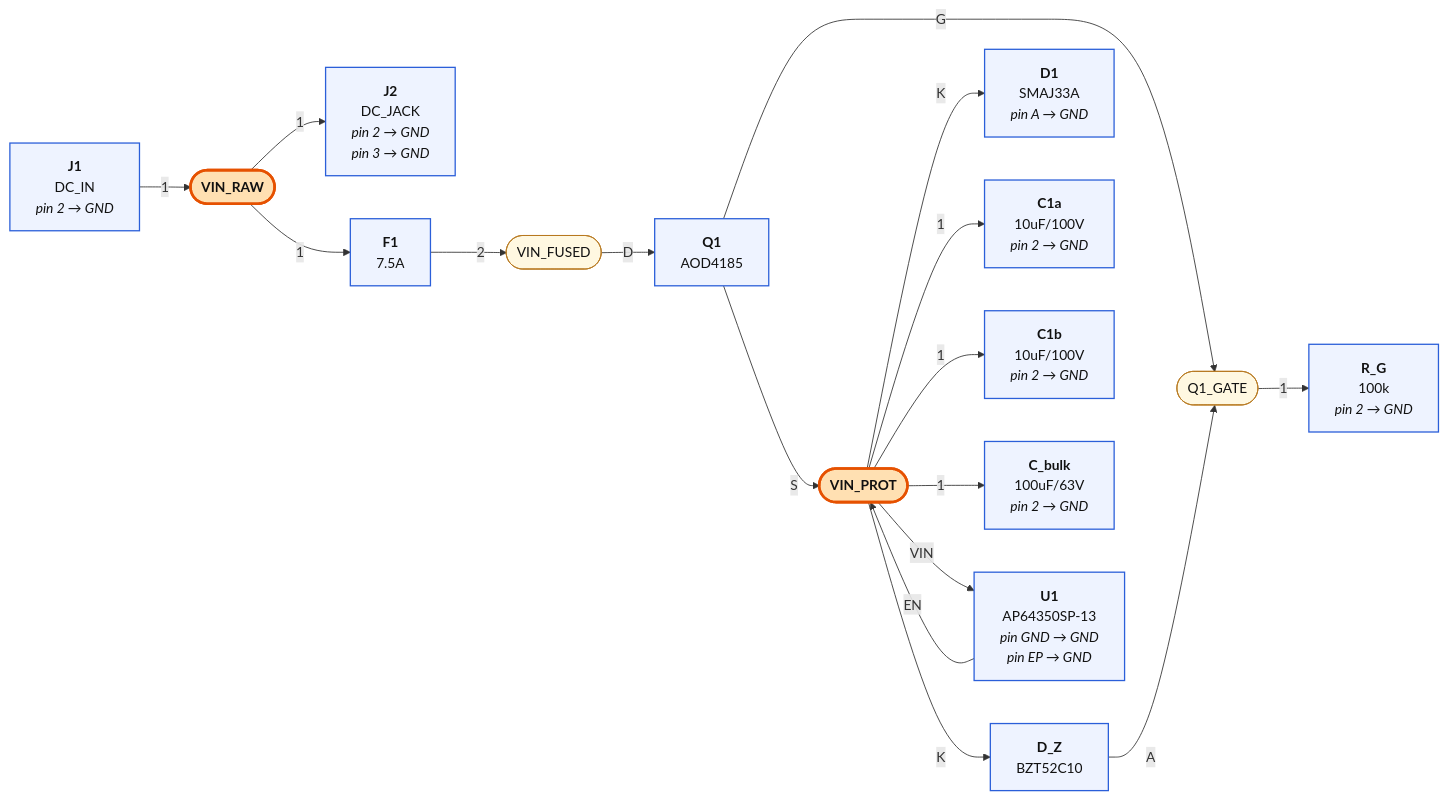
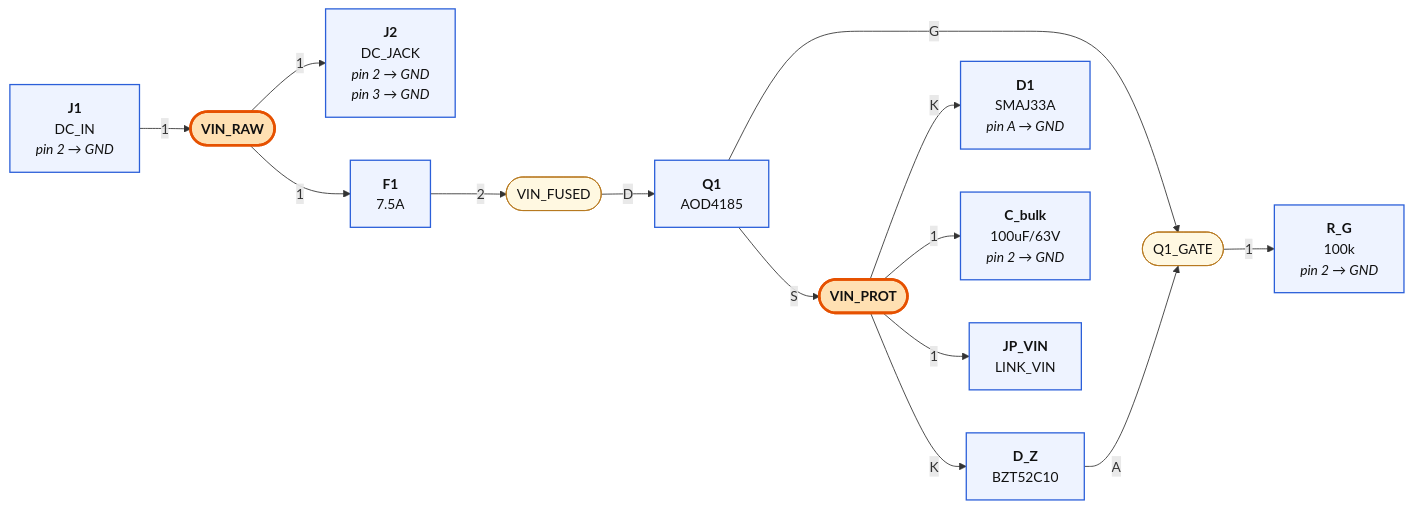
The second of 4 diagrams in hardware/pro/sheets/01-power.diagram.md (mrwillson2u/propmesh), drawn with Mermaid before and after one commit. The commit also changed other lines of this file and 44 other files, not shown here.

````diff
--- a/hardware/pro/sheets/01-power.diagram.md
+++ b/hardware/pro/sheets/01-power.diagram.md
@@ -7,41 +60,36 @@
 ```mermaid
 graph LR
   classDef part fill:#eef3ff,stroke:#2b5fd9,stroke-width:1.5px,color:#111
   classDef net fill:#fff8e1,stroke:#b7791f,color:#111
   classDef rail fill:#ffe0b2,stroke:#e65100,stroke-width:3px,color:#111,font-weight:bold
   classDef badnet fill:#ffe0e0,stroke:#c00,stroke-width:3px,color:#111,font-weight:bold
   classDef absent fill:#fff,stroke:#c00,stroke-width:2px,stroke-dasharray:6 4,color:#c00
   classDef extra fill:#ffecec,stroke:#c00,stroke-width:2px,color:#111
   classDef dnp fill:#f5f5f5,stroke:#999,stroke-dasharray:3 3,color:#666
   N_VIN_RAW(["VIN_RAW"]):::rail
   P_J1["<b>J1</b><br/>DC_IN<br/><i>pin 2 → GND</i>"]:::part
   P_J1 --"1"--> N_VIN_RAW
   P_J2["<b>J2</b><br/>DC_JACK<br/><i>pin 2 → GND</i><br/><i>pin 3 → GND</i>"]:::part
   N_VIN_RAW --"1"--> P_J2
   P_F1["<b>F1</b><br/>7.5A"]:::part
   N_VIN_RAW --"1"--> P_F1
   N_VIN_FUSED(["VIN_FUSED"]):::net
   P_F1 --"2"--> N_VIN_FUSED
   P_Q1["<b>Q1</b><br/>AOD4185"]:::part
   N_VIN_FUSED --"D"--> P_Q1
   N_VIN_PROT(["VIN_PROT"]):::rail
   P_Q1 --"S"--> N_VIN_PROT
   P_D_Z["<b>D_Z</b><br/>BZT52C10"]:::part
   N_VIN_PROT --"K"--> P_D_Z
   P_D1["<b>D1</b><br/>SMAJ33A<br/><i>pin A → GND</i>"]:::part
   N_VIN_PROT --"K"--> P_D1
-  P_C1a["<b>C1a</b><br/>10uF/100V<br/><i>pin 2 → GND</i>"]:::part
-  N_VIN_PROT --"1"--> P_C1a
-  P_C1b["<b>C1b</b><br/>10uF/100V<br/><i>pin 2 → GND</i>"]:::part
-  N_VIN_PROT --"1"--> P_C1b
   P_C_bulk["<b>C_bulk</b><br/>100uF/63V<br/><i>pin 2 → GND</i>"]:::part
   N_VIN_PROT --"1"--> P_C_bulk
-  P_U1["<b>U1</b><br/>AP64350SP-13<br/><i>pin GND → GND</i><br/><i>pin EP → GND</i>"]:::part
-  N_VIN_PROT --"VIN"--> P_U1
-  P_U1 --"EN"--> N_VIN_PROT
+  P_JP_VIN["<b>JP_VIN</b><br/>LINK_VIN"]:::part
+  N_VIN_PROT --"1"--> P_JP_VIN
   N_Q1_GATE(["Q1_GATE"]):::net
   P_Q1 --"G"--> N_Q1_GATE
   P_D_Z --"A"--> N_Q1_GATE
   P_R_G["<b>R_G</b><br/>100k<br/><i>pin 2 → GND</i>"]:::part
   N_Q1_GATE --"1"--> P_R_G
 ```
````
